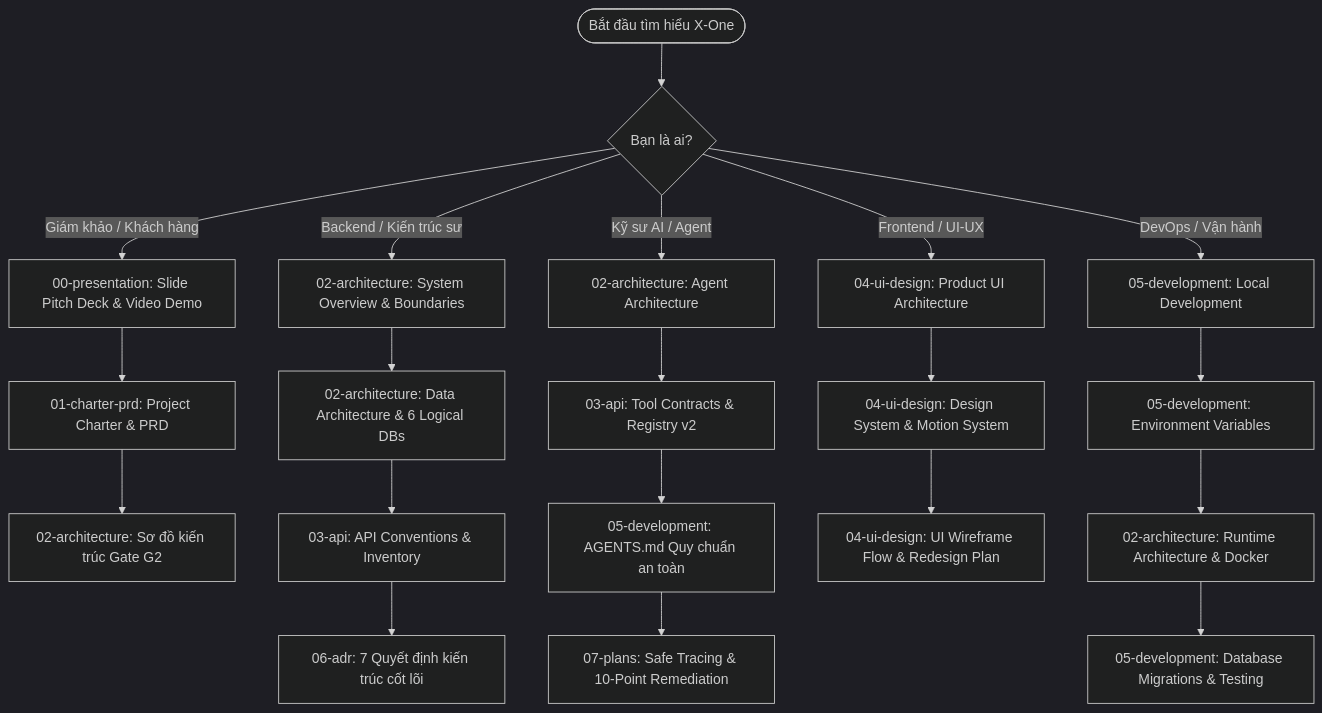
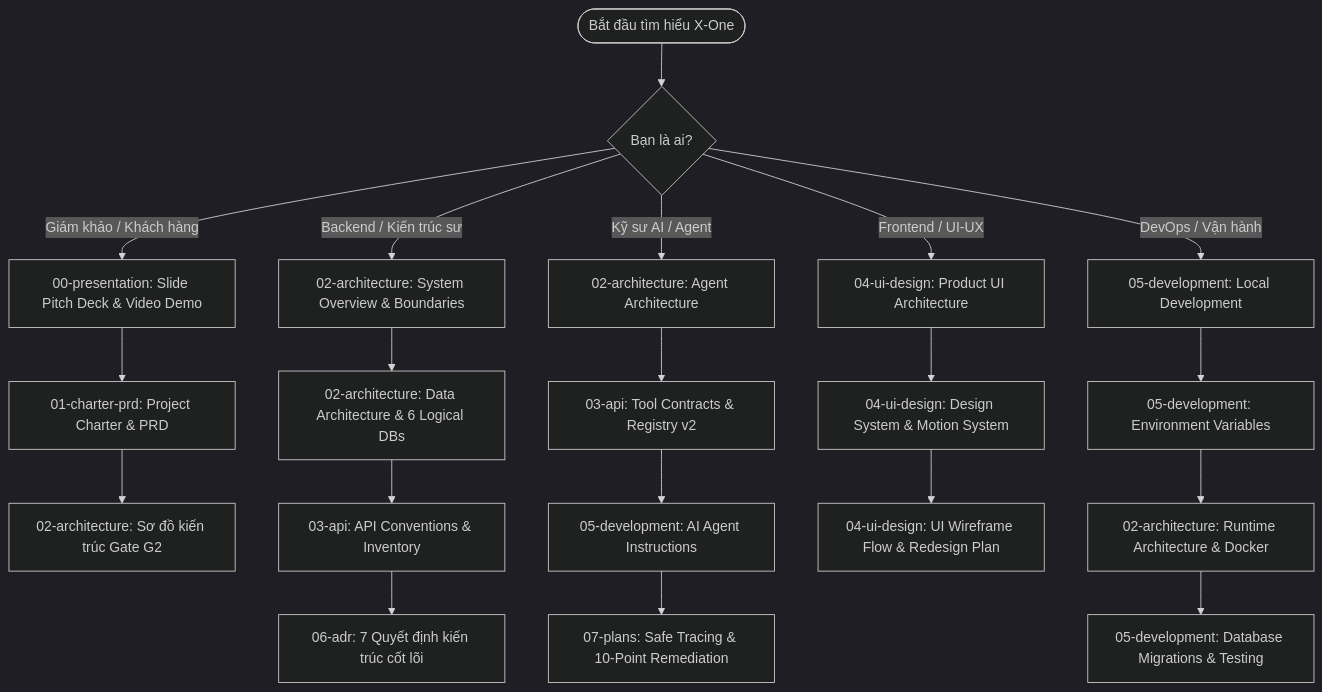
Before and after one commit to codecuatai/P-018: the diagram in docs/README.md, drawn with Mermaid (dark theme). The commit also changed other lines of this file and 49 other files, not shown here.

````diff
--- a/docs/README.md
+++ b/docs/README.md
@@ -13,27 +13,27 @@
 ```mermaid
 flowchart TD
   Start([Bắt đầu tìm hiểu X-One]) --> Role{Bạn là ai?}
   
   Role -->|Giám khảo / Khách hàng| P1[00-presentation: Slide Pitch Deck & Video Demo]
   P1 --> P2[01-charter-prd: Project Charter & PRD]
   P2 --> P3[02-architecture: Sơ đồ kiến trúc Gate G2]
 
   Role -->|Backend / Kiến trúc sư| A1[02-architecture: System Overview & Boundaries]
   A1 --> A2[02-architecture: Data Architecture & 6 Logical DBs]
   A2 --> A3[03-api: API Conventions & Inventory]
   A3 --> A4[06-adr: 7 Quyết định kiến trúc cốt lõi]
 
   Role -->|Kỹ sư AI / Agent| AI1[02-architecture: Agent Architecture]
   AI1 --> AI2[03-api: Tool Contracts & Registry v2]
-  AI2 --> AI3[05-development: AGENTS.md Quy chuẩn an toàn]
+  AI2 --> AI3[05-development: AI Agent Instructions]
   AI3 --> AI4[07-plans: Safe Tracing & 10-Point Remediation]
 
   Role -->|Frontend / UI-UX| U1[04-ui-design: Product UI Architecture]
   U1 --> U2[04-ui-design: Design System & Motion System]
   U2 --> U3[04-ui-design: UI Wireframe Flow & Redesign Plan]
 
   Role -->|DevOps / Vận hành| D1[05-development: Local Development]
   D1 --> D2[05-development: Environment Variables]
   D2 --> D3[02-architecture: Runtime Architecture & Docker]
   D3 --> D4[05-development: Database Migrations & Testing]
 ```
````
